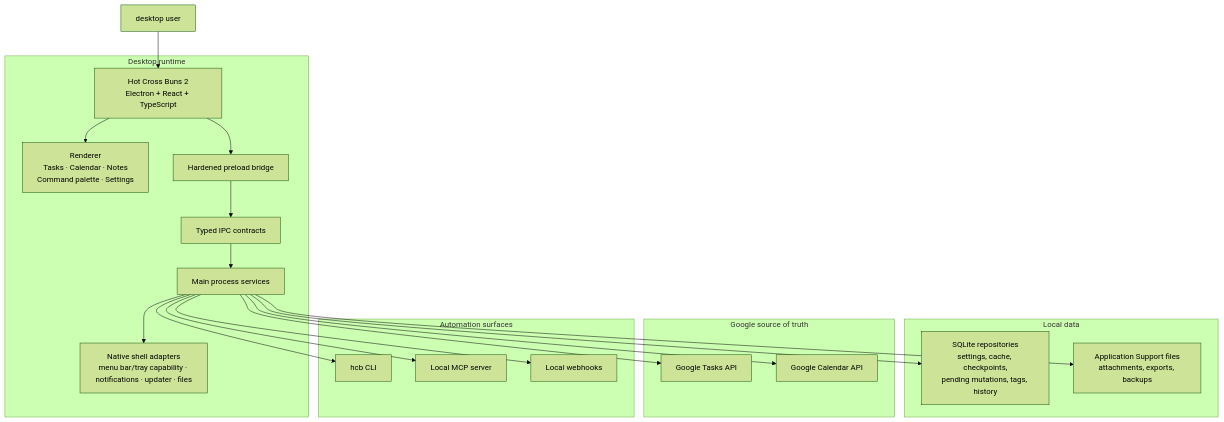
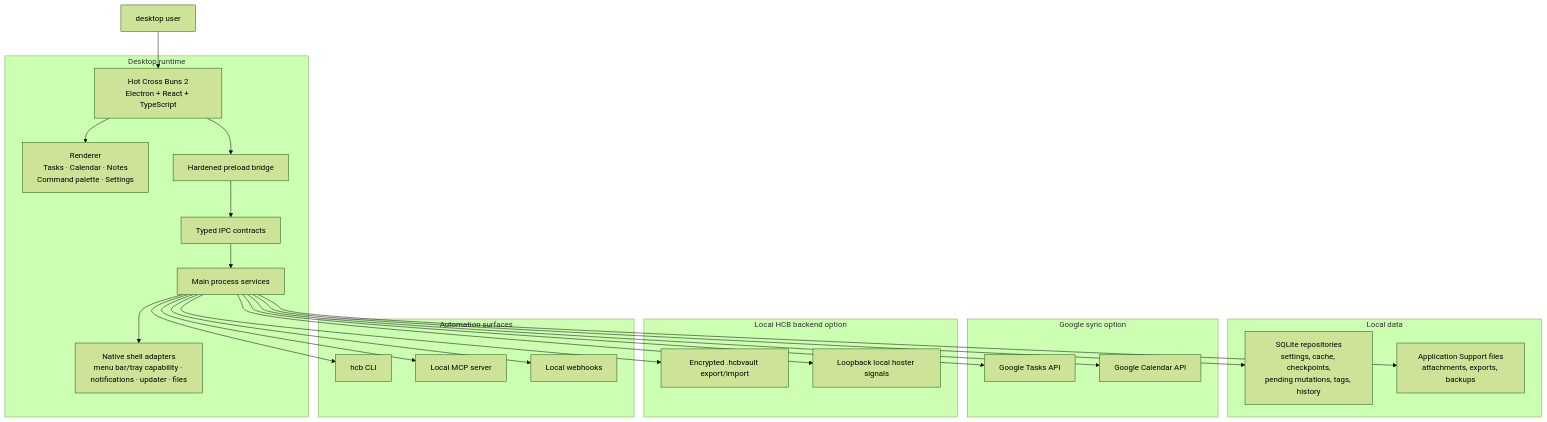
Before and after one commit to gongahkia/hot-cross-buns: the diagram in README.md, drawn with Mermaid (forest theme). The commit also changed other lines of this file and 40 other files, not shown here.

Commit message:
Add local backend and terminal controls

````diff
--- a/README.md
+++ b/README.md
@@ -134,28 +134,33 @@
 ```mermaid
 flowchart TD
     user["desktop user"] --> app["Hot Cross Buns 2<br>Electron + React + TypeScript"]
 
     subgraph runtime["Desktop runtime"]
         app --> renderer["Renderer<br>Tasks · Calendar · Notes<br>Command palette · Settings"]
         app --> preload["Hardened preload bridge"]
         preload --> ipc["Typed IPC contracts"]
         ipc --> main["Main process services"]
         main --> native["Native shell adapters<br>menu bar/tray capability · notifications · updater · files"]
     end
 
     subgraph data["Local data"]
         main --> sqlite["SQLite repositories<br>settings, cache, checkpoints,<br>pending mutations, tags, history"]
         main --> files["Application Support files<br>attachments, exports, backups"]
     end
 
-    subgraph google["Google source of truth"]
+    subgraph google["Google sync option"]
         main --> tasksApi["Google Tasks API"]
         main --> calendarApi["Google Calendar API"]
+    end
+
+    subgraph localBackend["Local HCB backend option"]
+        main --> vault["Encrypted .hcbvault export/import"]
+        main --> hoster["Loopback local hoster signals"]
     end
 
     subgraph automation["Automation surfaces"]
         main --> cli["hcb CLI"]
         main --> mcp["Local MCP server"]
         main --> webhooks["Local webhooks"]
     end
 ```
````
